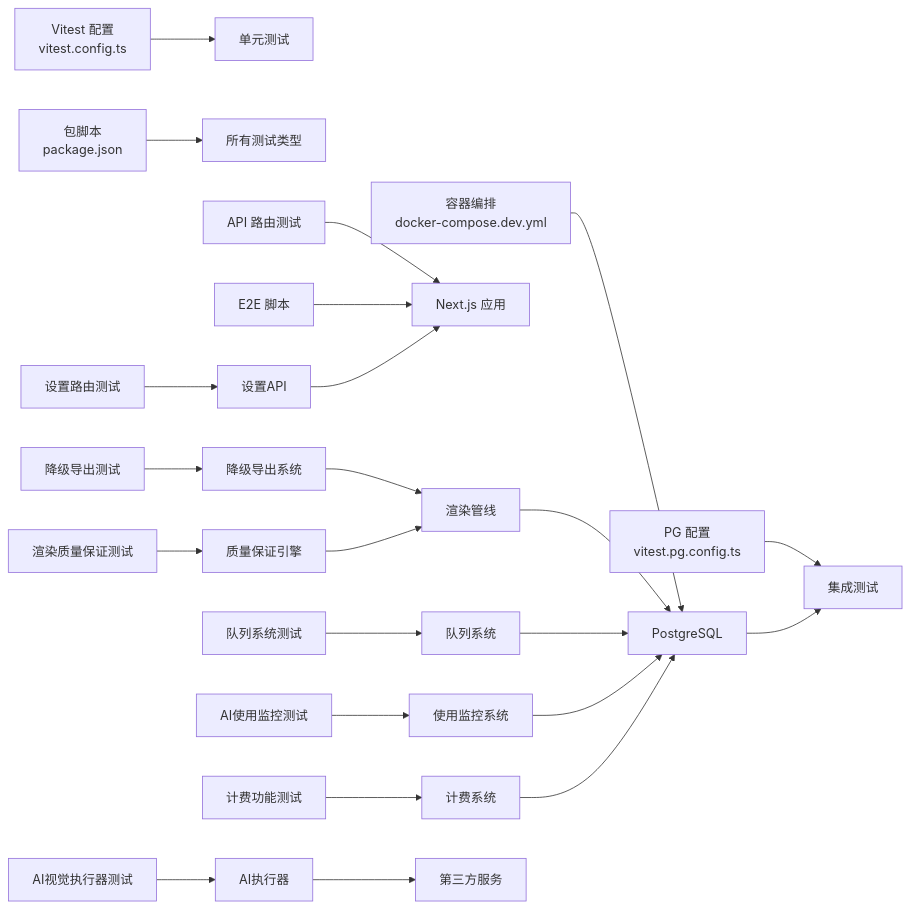
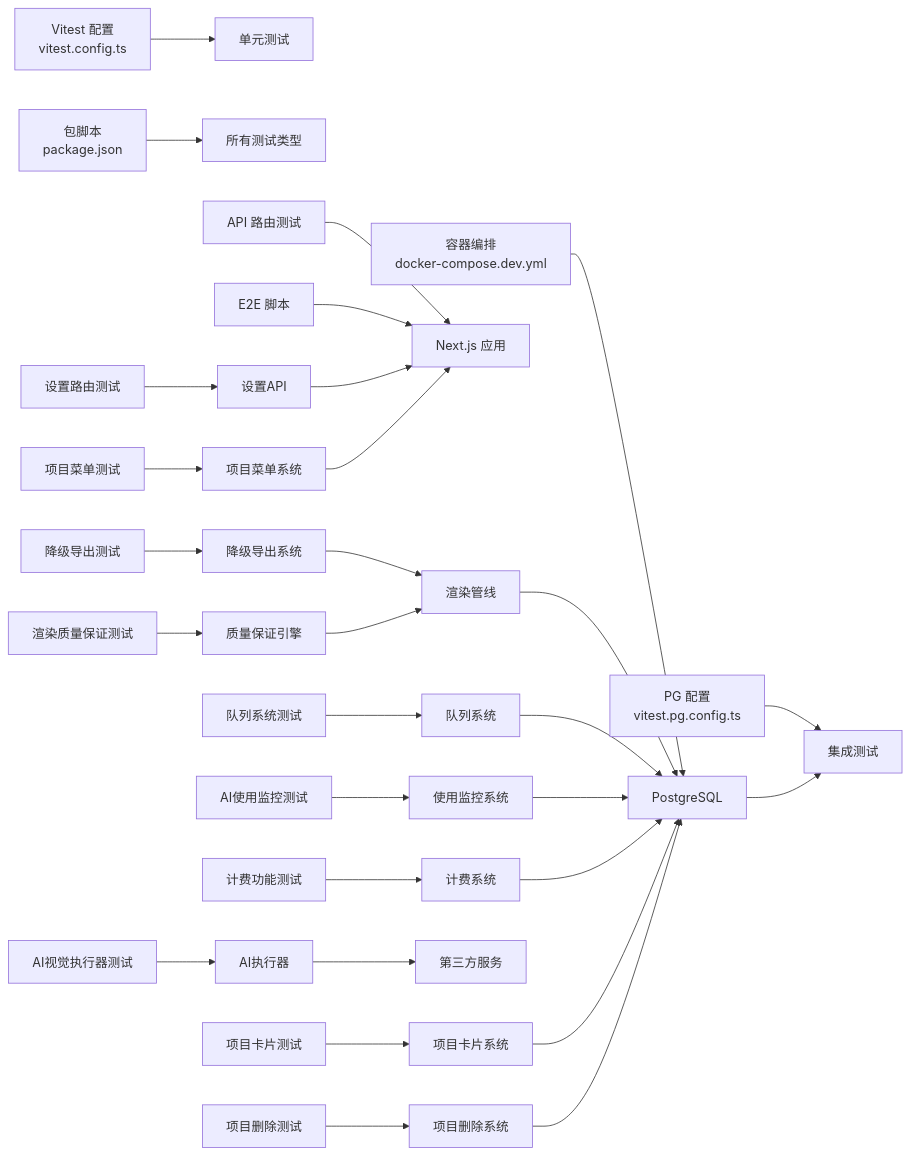
One commit to scottcwy/PurpleInk changed diagram 17 of 17 in .qoder/repowiki/zh/content/测试策略/测试策略.md. Above: the diagram before and after it, drawn with Mermaid. The commit also changed other lines of this file and 23 other files, not shown here.

````diff
--- a/.qoder/repowiki/zh/content/测试策略/测试策略.md
+++ b/.qoder/repowiki/zh/content/测试策略/测试策略.md
@@ -821,25 +1003,31 @@
 ```mermaid
 graph LR
 VT["Vitest 配置<br/>vitest.config.ts"] --> UT["单元测试"]
 VPG["PG 配置<br/>vitest.pg.config.ts"] --> IT["集成测试"]
 PKG["包脚本<br/>package.json"] --> ALL["所有测试类型"]
 DC["容器编排<br/>docker-compose.dev.yml"] --> DB["PostgreSQL"]
 DB --> IT
 API["API 路由测试"] --> APP["Next.js 应用"]
 FE["E2E 脚本"] --> APP
 DE["降级导出测试"] --> DS["降级导出系统"]
 DS --> RT["渲染管线"]
 RT --> DB
 QL["队列系统测试"] --> QS["队列系统"]
 QS --> DB
 UM["AI使用监控测试"] --> US["使用监控系统"]
 US --> DB
 BL["计费功能测试"] --> BS["计费系统"]
 BS --> DB
 ST["设置路由测试"] --> SA["设置API"]
 SA --> APP
 AI["AI视觉执行器测试"] --> AE["AI执行器"]
 AE --> EX["第三方服务"]
 QA["渲染质量保证测试"] --> QE["质量保证引擎"]
 QE --> RT
+PC["项目卡片测试"] --> PS["项目卡片系统"]
+PS --> DB
+PD["项目删除测试"] --> PDS["项目删除系统"]
+PDS --> DB
+PM["项目菜单测试"] --> PMS["项目菜单系统"]
+PMS --> APP
 ```
````
